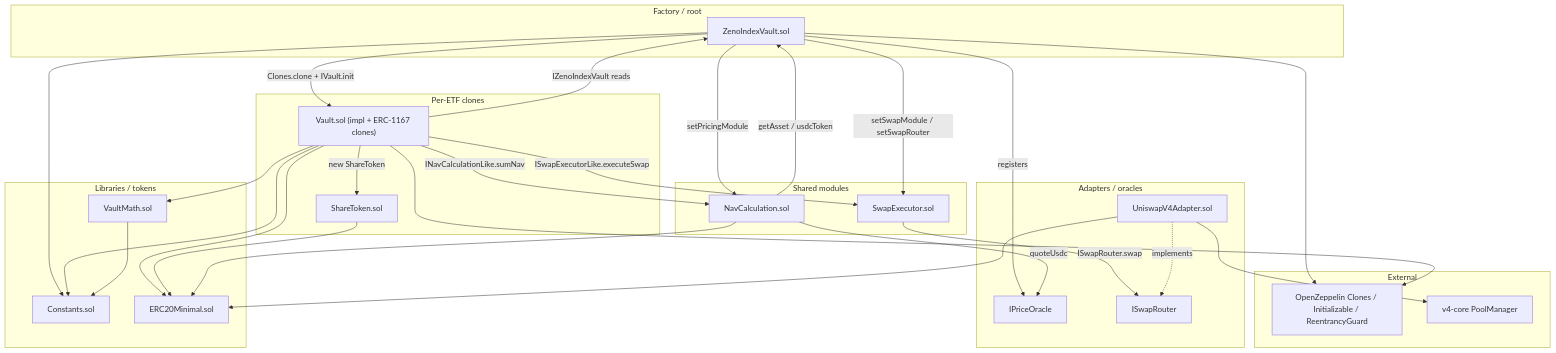
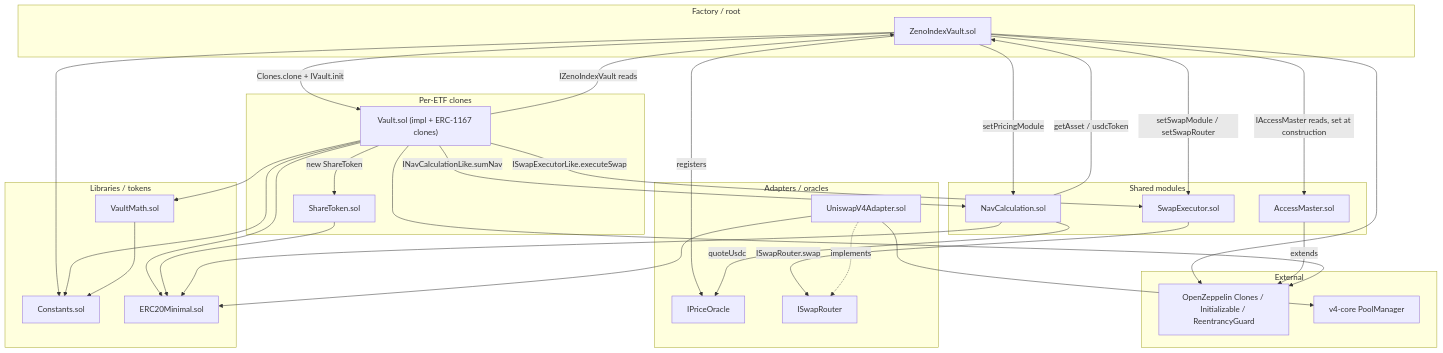
One commit to CyreneAI/zenoindex-evm changed the diagram in README.md. Above: the diagram before and after it, drawn with Mermaid. The commit also changed other lines of this file and 7 other files, not shown here.

````diff
--- a/README.md
+++ b/README.md
@@ -7,61 +7,65 @@
 ```mermaid
 flowchart TB
   subgraph Root["Factory / root"]
     ZIV["ZenoIndexVault.sol"]
   end
 
   subgraph Clones["Per-ETF clones"]
     V["Vault.sol (impl + ERC-1167 clones)"]
     ST["ShareToken.sol"]
   end
 
   subgraph Singletons["Shared modules"]
     P["NavCalculation.sol"]
     SM["SwapExecutor.sol"]
+    AM["AccessMaster.sol"]
   end
 
   subgraph Adapters["Adapters / oracles"]
     V4["UniswapV4Adapter.sol"]
     OR["IPriceOracle"]
     SR["ISwapRouter"]
   end
 
   subgraph Libs["Libraries / tokens"]
     VM["VaultMath.sol"]
     C["Constants.sol"]
     E20["ERC20Minimal.sol"]
   end
 
   subgraph Ext["External"]
     OZ["OpenZeppelin Clones / Initializable / ReentrancyGuard"]
     V4C["v4-core PoolManager"]
   end
 
   ZIV -->|Clones.clone + IVault.init| V
   ZIV -->|setPricingModule| P
   ZIV -->|setSwapModule / setSwapRouter| SM
+  ZIV -->|IAccessMaster reads, set at construction| AM
   ZIV -->|registers| OR
   ZIV --> C
   ZIV --> OZ
+
+  AM -->|extends| OZ
 
   V -->|new ShareToken| ST
   V -->|IZenoIndexVault reads| ZIV
   V -->|INavCalculationLike.sumNav| P
   V -->|ISwapExecutorLike.executeSwap| SM
   V --> VM
   V --> C
   V --> E20
   V --> OZ
 
   ST --> E20
   P -->|getAsset / usdcToken| ZIV
   P -->|quoteUsdc| OR
   P --> E20
 
   SM -->|ISwapRouter.swap| SR
   V4 -.->|implements| SR
   V4 --> E20
   V4 --> V4C
 
   VM --> C
 ```
````
